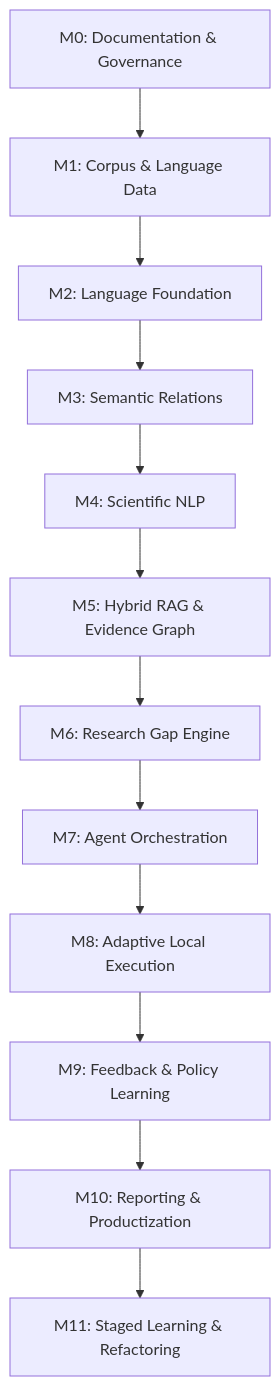
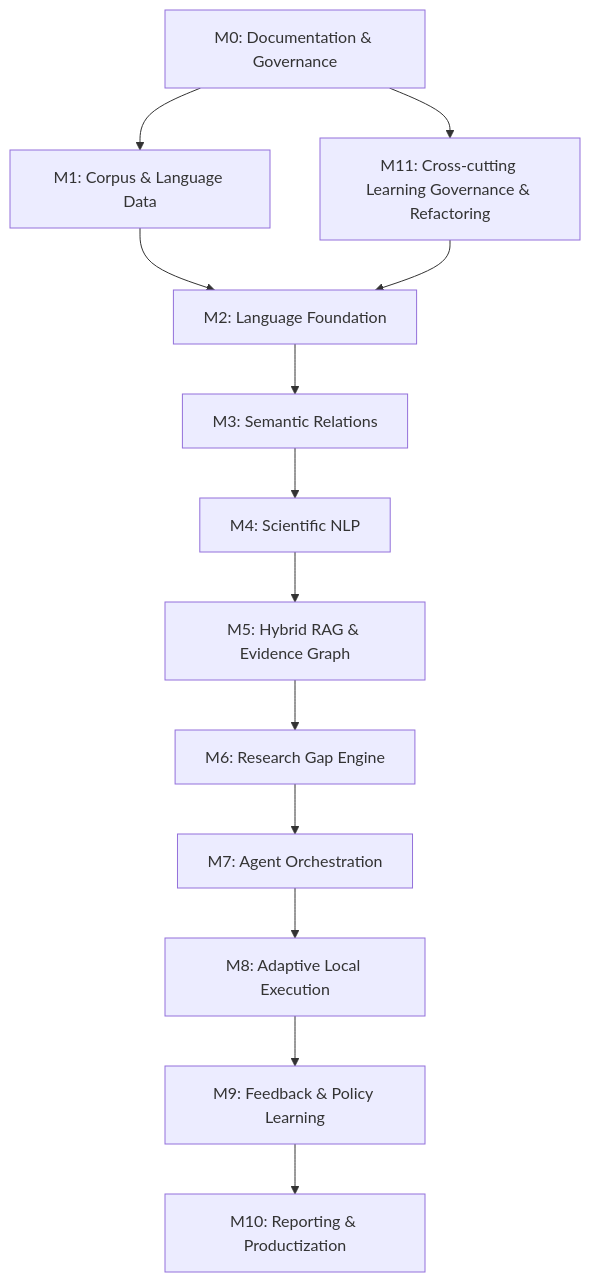
The diagram in docs/plans/ROADMAP.md (ntdev204/laris), drawn with Mermaid before and after one commit. The commit also changed other lines of this file and 79 other files, not shown here.

````diff
--- a/docs/plans/ROADMAP.md
+++ b/docs/plans/ROADMAP.md
@@ -33,14 +46,15 @@
 ```mermaid
 flowchart TD
     M0["M0: Documentation & Governance"] --> M1["M1: Corpus & Language Data"]
     M1 --> M2["M2: Language Foundation"]
     M2 --> M3["M3: Semantic Relations"]
     M3 --> M4["M4: Scientific NLP"]
     M4 --> M5["M5: Hybrid RAG & Evidence Graph"]
     M5 --> M6["M6: Research Gap Engine"]
     M6 --> M7["M7: Agent Orchestration"]
     M7 --> M8["M8: Adaptive Local Execution"]
     M8 --> M9["M9: Feedback & Policy Learning"]
     M9 --> M10["M10: Reporting & Productization"]
-    M10 --> M11["M11: Staged Learning & Refactoring"]
+    M0 --> M11["M11: Cross-cutting Learning Governance & Refactoring"]
+    M11 --> M2
 ```
````
